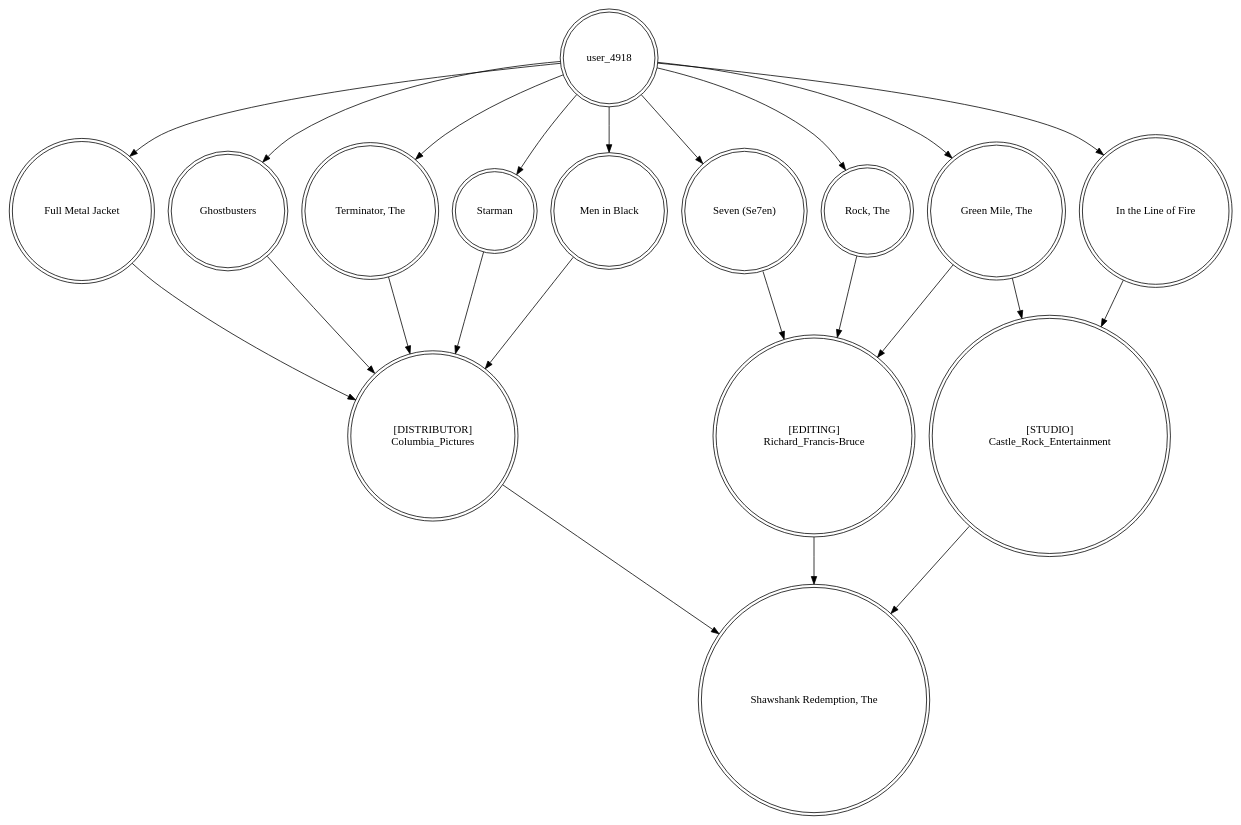
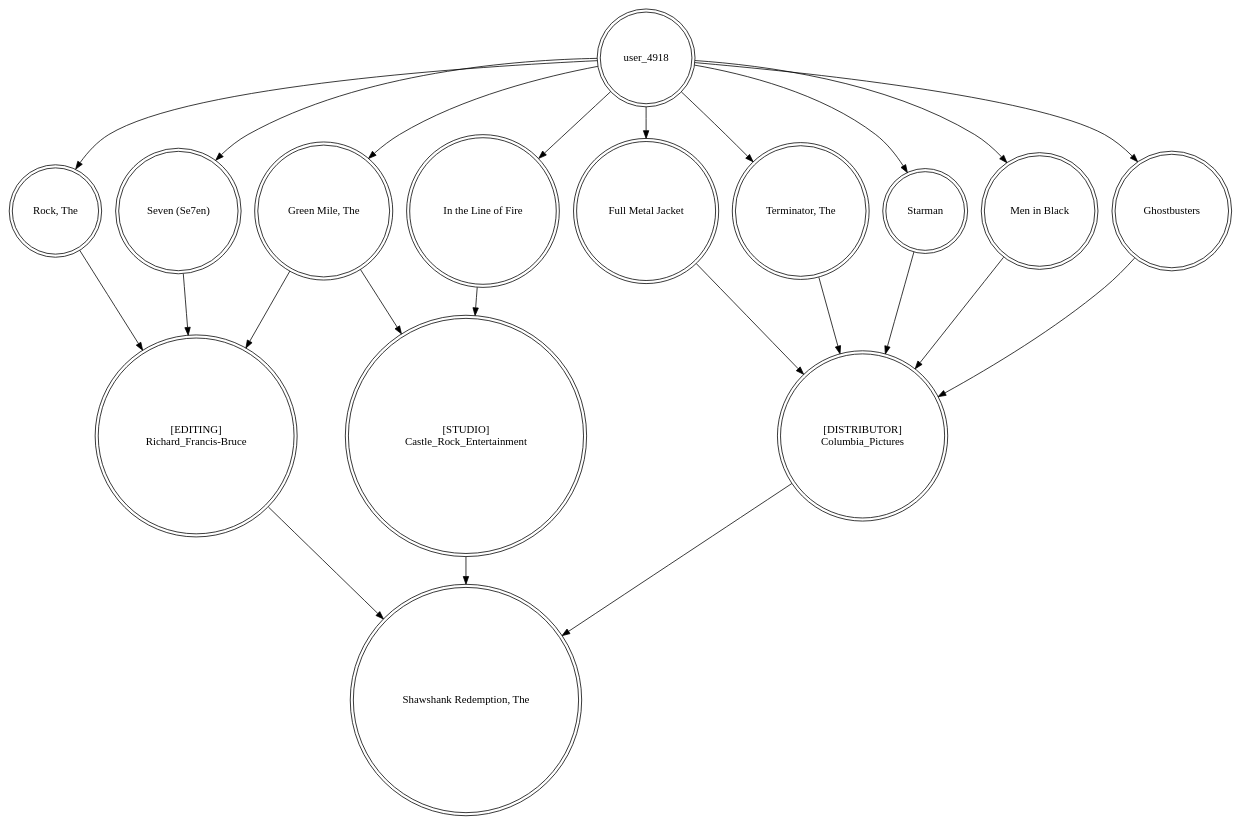
One commit to saiteja-siddana/Movie-Recommendations-GUI changed the diagram in cache/kgr_graph_user-user_4918_item-318.gv. Above: the diagram before and after it, drawn with Graphviz. The commit also changed other lines of this file and 244 other files, not shown here.

Commit message:
Added demo and updated old deprecated graphviz code

```diff
--- a/cache/kgr_graph_user-user_4918_item-318.gv
+++ b/cache/kgr_graph_user-user_4918_item-318.gv
@@ -1,38 +1,38 @@
 digraph finite_state_machine {
 	node [shape=doublecircle]
+	"Rock, The" -> "[EDITING]
+Richard_Francis-Bruce"
+	"Seven (Se7en)" -> "[EDITING]
+Richard_Francis-Bruce"
 	user_4918 -> "Full Metal Jacket"
+	"[EDITING]
+Richard_Francis-Bruce" -> "Shawshank Redemption, The"
+	user_4918 -> "Terminator, The"
+	"Full Metal Jacket" -> "[DISTRIBUTOR]
+Columbia_Pictures"
+	user_4918 -> "In the Line of Fire"
+	user_4918 -> "Rock, The"
+	"Green Mile, The" -> "[EDITING]
+Richard_Francis-Bruce"
+	Starman -> "[DISTRIBUTOR]
+Columbia_Pictures"
+	"Men in Black" -> "[DISTRIBUTOR]
+Columbia_Pictures"
+	"[STUDIO]
+Castle_Rock_Entertainment" -> "Shawshank Redemption, The"
+	user_4918 -> "Green Mile, The"
+	user_4918 -> "Men in Black"
+	user_4918 -> Starman
+	user_4918 -> Ghostbusters
+	"[DISTRIBUTOR]
+Columbia_Pictures" -> "Shawshank Redemption, The"
+	"Green Mile, The" -> "[STUDIO]
+Castle_Rock_Entertainment"
+	"In the Line of Fire" -> "[STUDIO]
+Castle_Rock_Entertainment"
+	"Terminator, The" -> "[DISTRIBUTOR]
+Columbia_Pictures"
+	user_4918 -> "Seven (Se7en)"
 	Ghostbusters -> "[DISTRIBUTOR]
 Columbia_Pictures"
-	"[EDITING]
-Richard_Francis-Bruce" -> "Shawshank Redemption, The"
-	"[STUDIO]
-Castle_Rock_Entertainment" -> "Shawshank Redemption, The"
-	"Terminator, The" -> "[DISTRIBUTOR]
-Columbia_Pictures"
-	Starman -> "[DISTRIBUTOR]
-Columbia_Pictures"
-	"Seven (Se7en)" -> "[EDITING]
-Richard_Francis-Bruce"
-	user_4918 -> Ghostbusters
-	"Men in Black" -> "[DISTRIBUTOR]
-Columbia_Pictures"
-	user_4918 -> Starman
-	"Green Mile, The" -> "[STUDIO]
-Castle_Rock_Entertainment"
-	user_4918 -> "Terminator, The"
-	"Green Mile, The" -> "[EDITING]
-Richard_Francis-Bruce"
-	"Full Metal Jacket" -> "[DISTRIBUTOR]
-Columbia_Pictures"
-	"[DISTRIBUTOR]
-Columbia_Pictures" -> "Shawshank Redemption, The"
-	user_4918 -> "Seven (Se7en)"
-	user_4918 -> "Green Mile, The"
-	"Rock, The" -> "[EDITING]
-Richard_Francis-Bruce"
-	user_4918 -> "Rock, The"
-	user_4918 -> "Men in Black"
-	"In the Line of Fire" -> "[STUDIO]
-Castle_Rock_Entertainment"
-	user_4918 -> "In the Line of Fire"
 }
```
